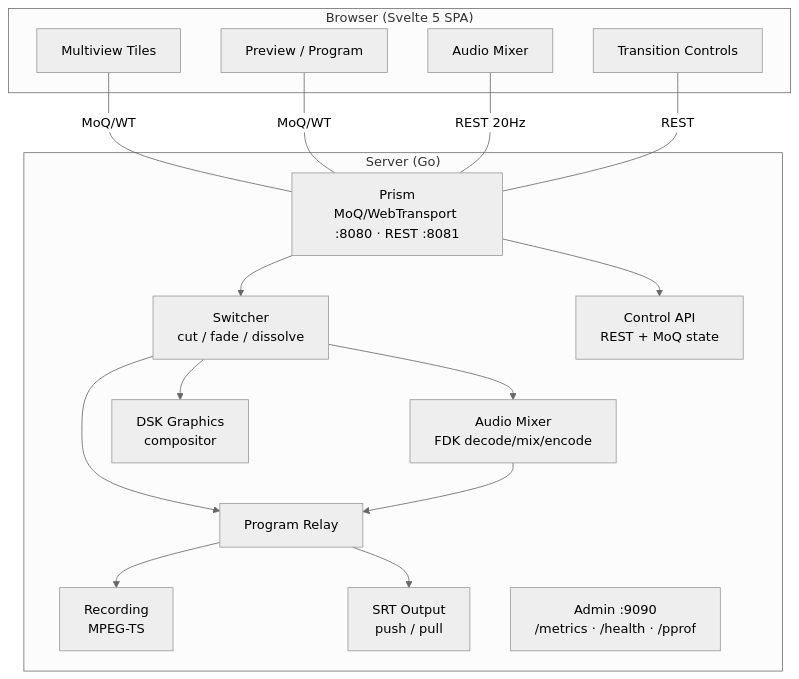
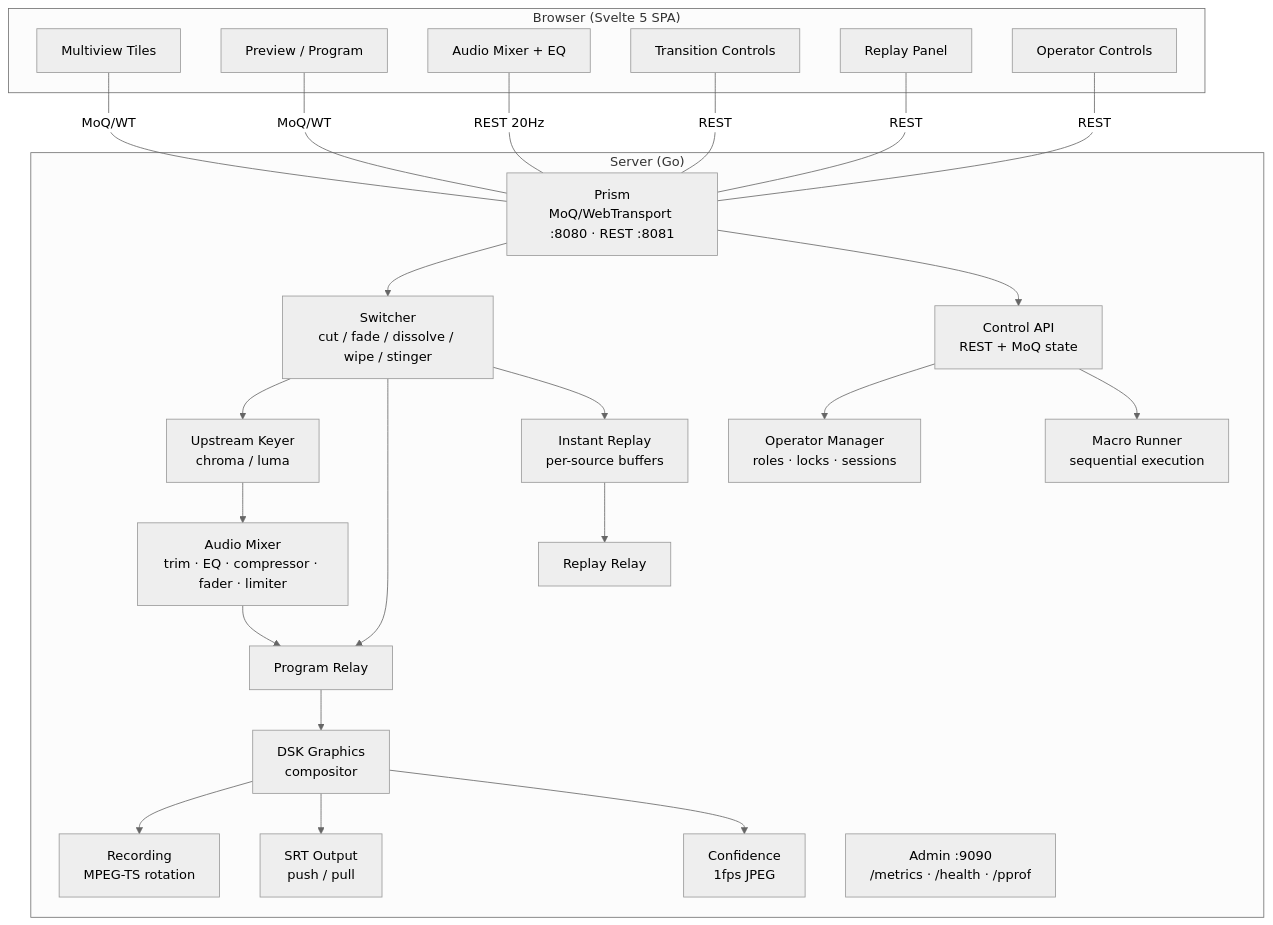
The diagram in README.md (zsiec/switchframe), drawn with Mermaid (neutral theme) before and after one commit. The commit also changed other lines of this file and 36 other files, not shown here.

````diff
--- a/README.md
+++ b/README.md
@@ -162,27 +209,37 @@
 ```mermaid
 graph TD
     subgraph browser["Browser (Svelte 5 SPA)"]
         mv["Multiview Tiles"]
         pp["Preview / Program"]
-        am["Audio Mixer"]
+        am["Audio Mixer + EQ"]
         tc["Transition Controls"]
+        rp["Replay Panel"]
+        op["Operator Controls"]
     end
 
     mv ---|"MoQ/WT"| prism
     pp ---|"MoQ/WT"| prism
     am ---|"REST 20Hz"| prism
     tc ---|"REST"| prism
+    rp ---|"REST"| prism
+    op ---|"REST"| prism
 
     subgraph server["Server (Go)"]
         prism["Prism<br/>MoQ/WebTransport :8080 · REST :8081"]
-        prism --> switcher["Switcher<br/>cut / fade / dissolve"]
+        prism --> switcher["Switcher<br/>cut / fade / dissolve / wipe / stinger"]
         prism --> api["Control API<br/>REST + MoQ state"]
-        switcher --> mixer["Audio Mixer<br/>FDK decode/mix/encode"]
+        switcher --> keyer["Upstream Keyer<br/>chroma / luma"]
+        keyer --> mixer["Audio Mixer<br/>trim · EQ · compressor · fader · limiter"]
         switcher --> relay["Program Relay"]
         mixer --> relay
-        relay --> rec["Recording<br/>MPEG-TS"]
-        relay --> srt["SRT Output<br/>push / pull"]
-        switcher --> dsk["DSK Graphics<br/>compositor"]
+        relay --> dsk["DSK Graphics<br/>compositor"]
+        dsk --> rec["Recording<br/>MPEG-TS rotation"]
+        dsk --> srt["SRT Output<br/>push / pull"]
+        dsk --> conf["Confidence<br/>1fps JPEG"]
+        switcher --> replay["Instant Replay<br/>per-source buffers"]
+        replay --> replayRelay["Replay Relay"]
+        api --> operators["Operator Manager<br/>roles · locks · sessions"]
+        api --> macros["Macro Runner<br/>sequential execution"]
         admin["Admin :9090<br/>/metrics · /health · /pprof"]
     end
 ```
````
